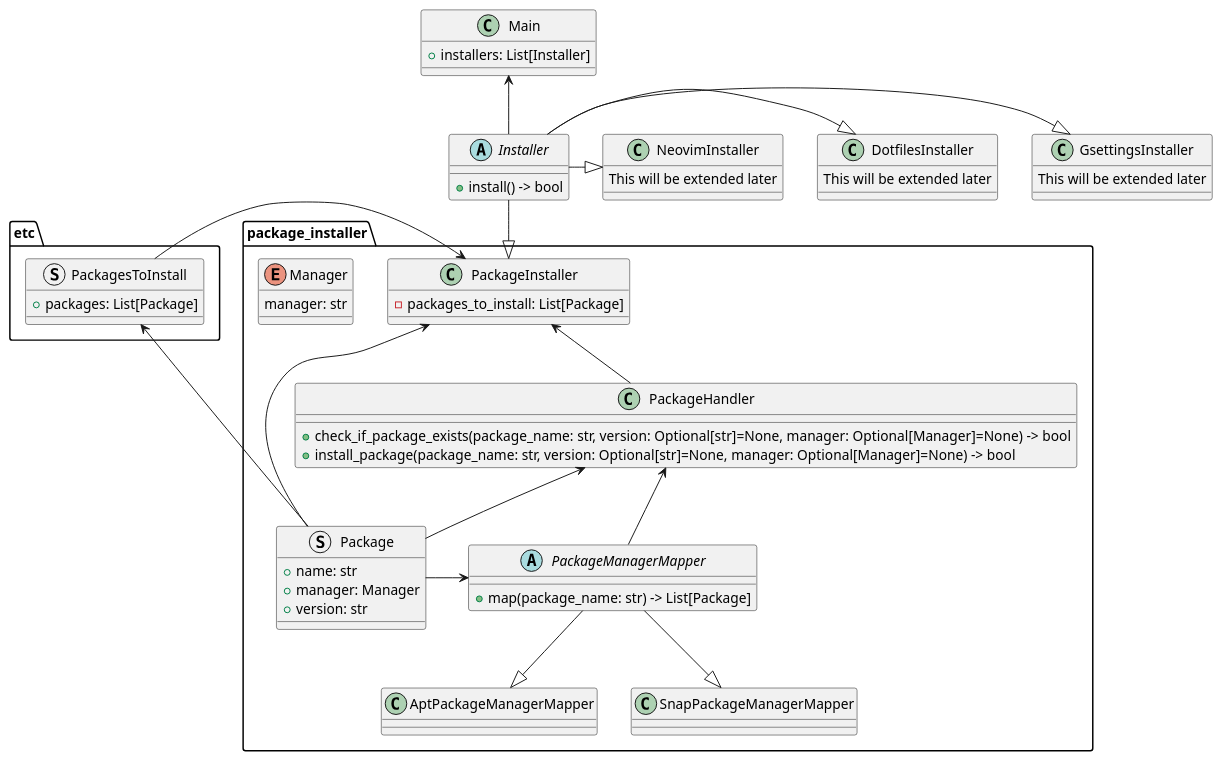
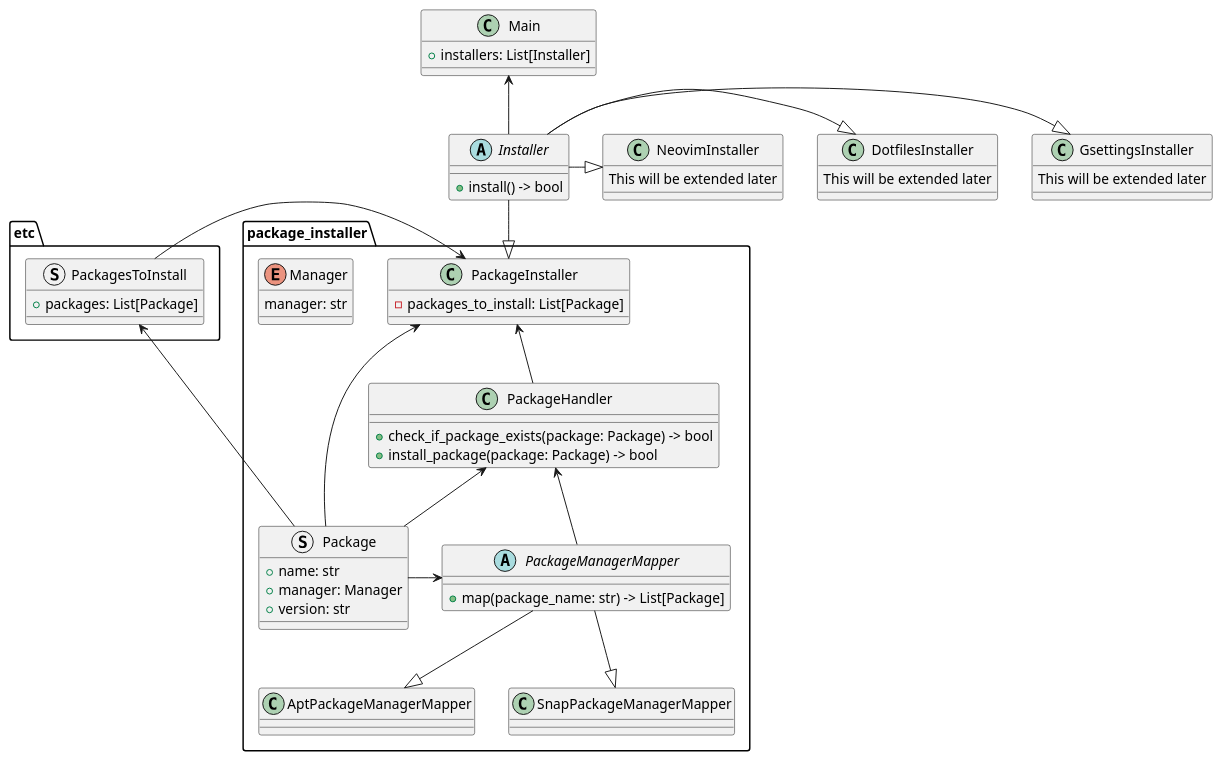
The diagram in docs/designs/dotfiles_design.puml (LuukHenk/dotfiles), drawn with PlantUML before and after one commit. The commit also changed 2 other files, not shown here.

Commit message:
updated the interface for package handler

```diff
--- a/docs/designs/dotfiles_design.puml
+++ b/docs/designs/dotfiles_design.puml
@@ -1,69 +1,69 @@
 @startuml dotfiles design
 
 package package_installer {
 
     struct Package {
         + name: str
         + manager: Manager
         + version: str
     }
     enum Manager {
         manager: str
     }
 
     abstract PackageManagerMapper {
         + map(package_name: str) -> List[Package]
     }
     class AptPackageManagerMapper
     class SnapPackageManagerMapper
 
     class PackageHandler {
-        + check_if_package_exists(package_name: str, version: Optional[str]=None, manager: Optional[Manager]=None) -> bool
-        + install_package(package_name: str, version: Optional[str]=None, manager: Optional[Manager]=None) -> bool
+        + check_if_package_exists(package: Package) -> bool
+        + install_package(package: Package) -> bool
     }
     class PackageInstaller {
         - packages_to_install: List[Package]
     }
 }
 
 class Main {
     + installers: List[Installer]
 }
 
 abstract Installer {
     + install() -> bool
 }
 
 class DotfilesInstaller {
     This will be extended later
 }
 class GsettingsInstaller {
     This will be extended later
 }
 class NeovimInstaller {
     This will be extended later
 }
 
 package etc {
     struct PackagesToInstall {
         + packages: List[Package]
     }
 }
 
 Main <-- Installer
 Installer --|> PackageInstaller
 Installer -|> DotfilesInstaller
 Installer -|> NeovimInstaller
 Installer -|> GsettingsInstaller
 PackageManagerMapper --|> AptPackageManagerMapper
 PackageManagerMapper --|> SnapPackageManagerMapper
 PackageHandler <-- PackageManagerMapper
 PackageInstaller <-- PackageHandler
 PackageInstaller <- PackagesToInstall
 
 PackageHandler <- Package
 PackageManagerMapper <- Package
 
 PackageInstaller <-- Package
 PackagesToInstall <- Package
 @enduml
```
